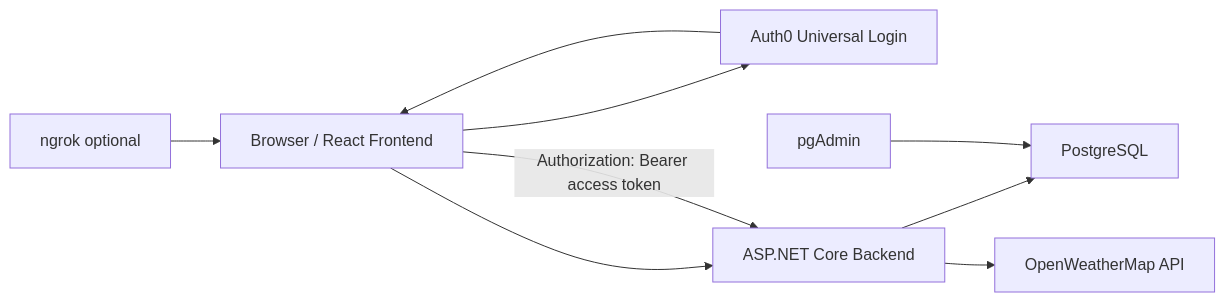
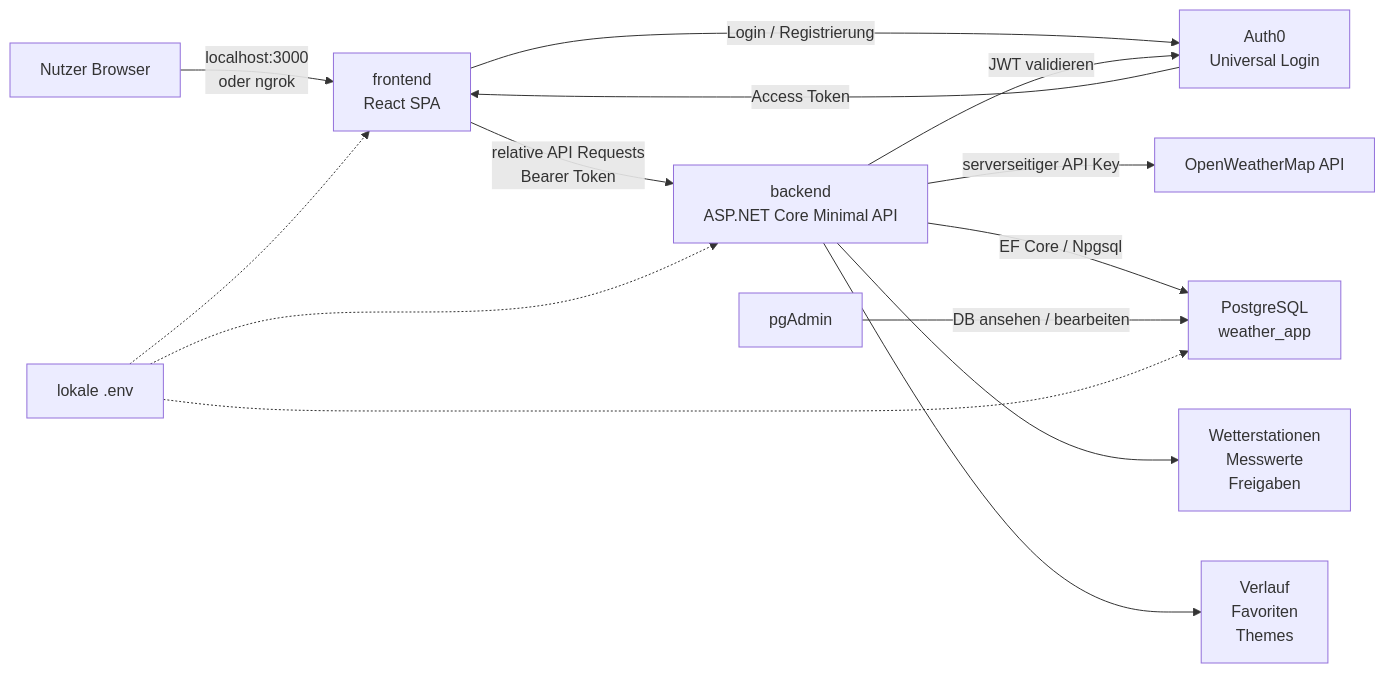
The diagram in README.md (peterschmid04/weather-app), drawn with Mermaid before and after one commit. The commit also changed other lines of this file and 2 other files, not shown here.

Commit message:
docs: add mermaid architecture diagram

````diff
--- a/README.md
+++ b/README.md
@@ -703,11 +706,16 @@
 ```mermaid
 flowchart LR
-  Browser["Browser / React Frontend"] --> Auth0["Auth0 Universal Login"]
-  Browser --> API["ASP.NET Core Backend"]
-  API --> Postgres["PostgreSQL"]
-  API --> OWM["OpenWeatherMap API"]
-  PgAdmin["pgAdmin"] --> Postgres
-  Ngrok["ngrok optional"] --> Browser
-  Auth0 --> Browser
-  Browser -->|"Authorization: Bearer access token"| API
+  User["Nutzer Browser"] -->|"localhost:3000<br/>oder ngrok"| Frontend["frontend<br/>React SPA"]
+  Frontend -->|"Login / Registrierung"| Auth0["Auth0<br/>Universal Login"]
+  Auth0 -->|"Access Token"| Frontend
+  Frontend -->|"relative API Requests<br/>Bearer Token"| Backend["backend<br/>ASP.NET Core Minimal API"]
+  Backend -->|"JWT validieren"| Auth0
+  Backend -->|"serverseitiger API Key"| OWM["OpenWeatherMap API"]
+  Backend -->|"EF Core / Npgsql"| DB["PostgreSQL<br/>weather_app"]
+  PgAdmin["pgAdmin"] -->|"DB ansehen / bearbeiten"| DB
+  Backend --> Stationen["Wetterstationen<br/>Messwerte<br/>Freigaben"]
+  Backend --> NutzerDaten["Verlauf<br/>Favoriten<br/>Themes"]
+  Env["lokale .env"] -.-> Frontend
+  Env -.-> Backend
+  Env -.-> DB
 ```
````
